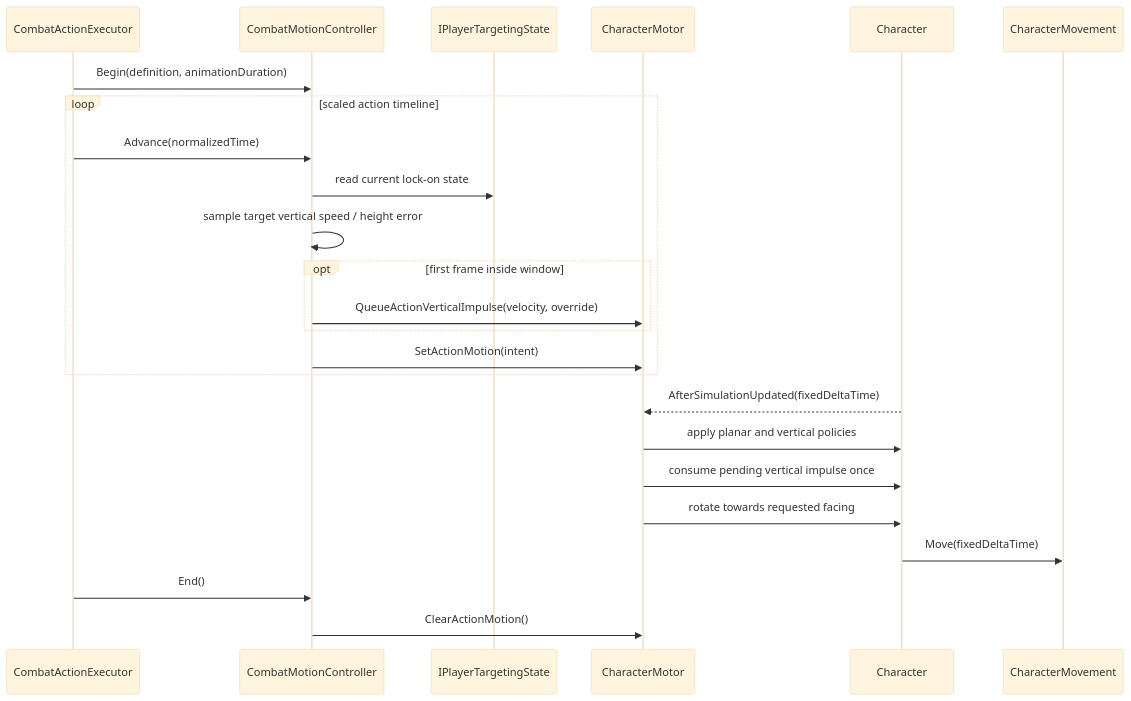
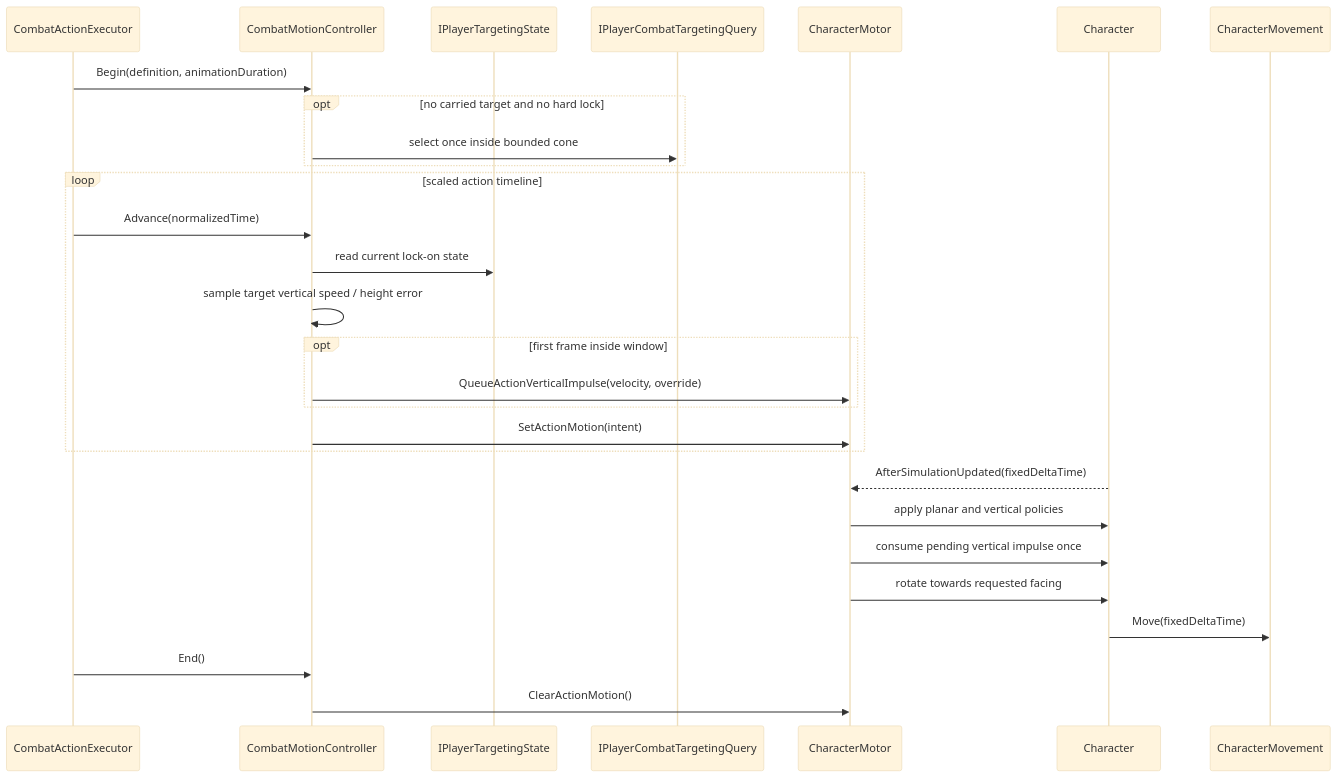
Before and after one commit to MaximFonariuc/project-s: the second of 2 diagrams in Docs/Architecture/Combat.Motion.md, drawn with Mermaid (base theme). The commit also changed other lines of this file and 9 other files, not shown here.

Commit message:
feat(combat): add attack target assist

````diff
--- a/Docs/Architecture/Combat.Motion.md
+++ b/Docs/Architecture/Combat.Motion.md
@@ -127,27 +135,31 @@
 ```mermaid
 sequenceDiagram
     participant Action as CombatActionExecutor
     participant Motion as CombatMotionController
     participant Target as IPlayerTargetingState
+    participant Assist as IPlayerCombatTargetingQuery
     participant Motor as CharacterMotor
     participant Character
     participant Physics as CharacterMovement
 
     Action->>Motion: Begin(definition, animationDuration)
+    opt no carried target and no hard lock
+        Motion->>Assist: select once inside bounded cone
+    end
     loop scaled action timeline
         Action->>Motion: Advance(normalizedTime)
         Motion->>Target: read current lock-on state
         Motion->>Motion: sample target vertical speed / height error
         opt first frame inside window
             Motion->>Motor: QueueActionVerticalImpulse(velocity, override)
         end
         Motion->>Motor: SetActionMotion(intent)
     end
     Character-->>Motor: AfterSimulationUpdated(fixedDeltaTime)
     Motor->>Character: apply planar and vertical policies
     Motor->>Character: consume pending vertical impulse once
     Motor->>Character: rotate towards requested facing
     Character->>Physics: Move(fixedDeltaTime)
     Action->>Motion: End()
     Motion->>Motor: ClearActionMotion()
 ```
````
